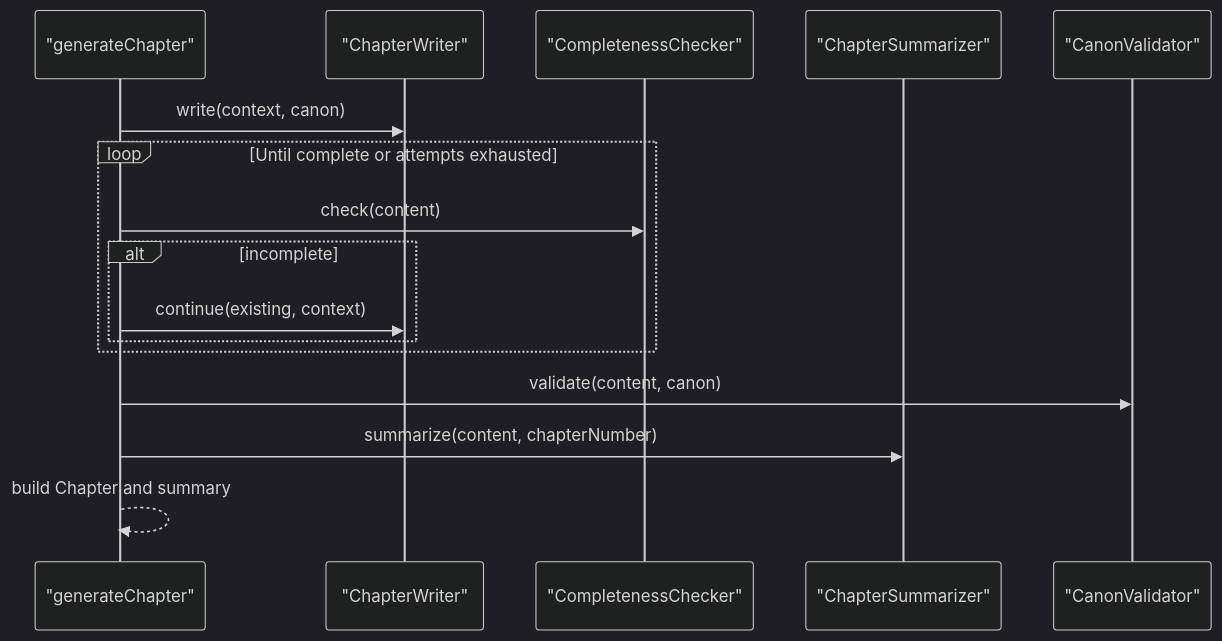
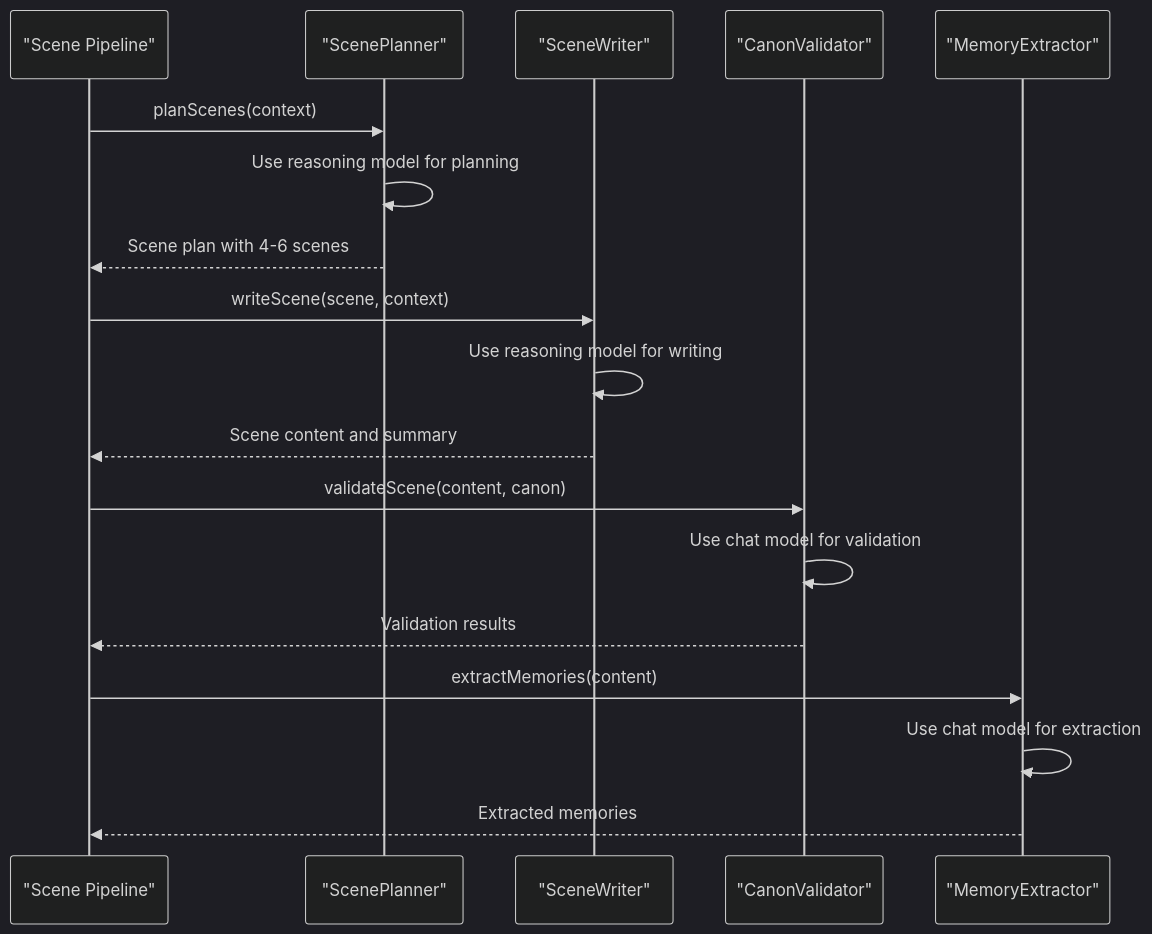
One commit to liwonder/NARRITIVE_OS changed the sixth of 7 diagrams in .qoder/repowiki/en/content/LLM Integration and Configuration.md. Above: the diagram before and after it, drawn with Mermaid (dark theme). The commit also changed other lines of this file and 12 other files, not shown here.

````diff
--- a/.qoder/repowiki/en/content/LLM Integration and Configuration.md
+++ b/.qoder/repowiki/en/content/LLM Integration and Configuration.md
@@ -316,18 +413,20 @@
 ```mermaid
 sequenceDiagram
-participant Pipe as "generateChapter"
-participant Writer as "ChapterWriter"
-participant Checker as "CompletenessChecker"
-participant Sum as "ChapterSummarizer"
-participant Valid as "CanonValidator"
-Pipe->>Writer : write(context, canon)
-loop Until complete or attempts exhausted
-Pipe->>Checker : check(content)
-alt incomplete
-Pipe->>Writer : continue(existing, context)
-end
-end
-Pipe->>Valid : validate(content, canon)
-Pipe->>Sum : summarize(content, chapterNumber)
-Pipe-->>Pipe : build Chapter and summary
+participant Pipeline as "Scene Pipeline"
+participant Planner as "ScenePlanner"
+participant Writer as "SceneWriter"
+participant Validator as "CanonValidator"
+participant Extractor as "MemoryExtractor"
+Pipeline->>Planner : planScenes(context)
+Planner->>Planner : Use reasoning model for planning
+Planner-->>Pipeline : Scene plan with 4-6 scenes
+Pipeline->>Writer : writeScene(scene, context)
+Writer->>Writer : Use reasoning model for writing
+Writer-->>Pipeline : Scene content and summary
+Pipeline->>Validator : validateScene(content, canon)
+Validator->>Validator : Use chat model for validation
+Validator-->>Pipeline : Validation results
+Pipeline->>Extractor : extractMemories(content)
+Extractor->>Extractor : Use chat model for extraction
+Extractor-->>Pipeline : Extracted memories
 ```
````
